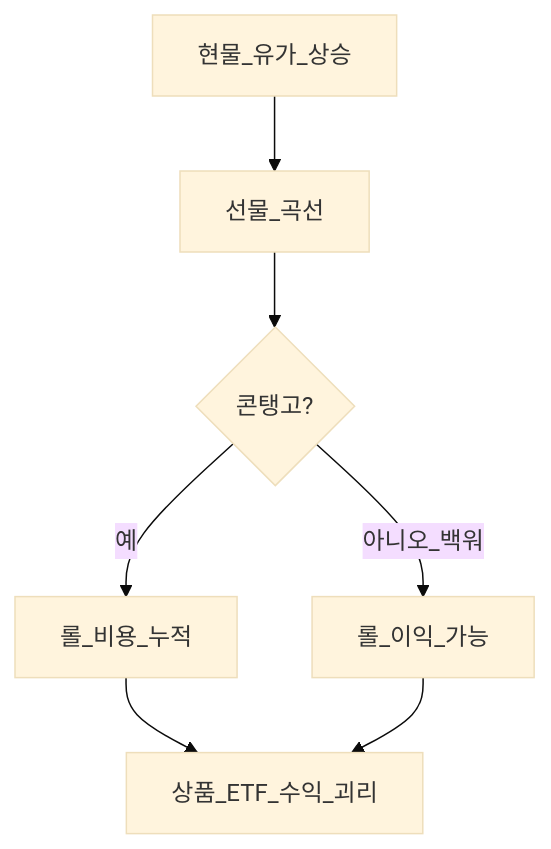
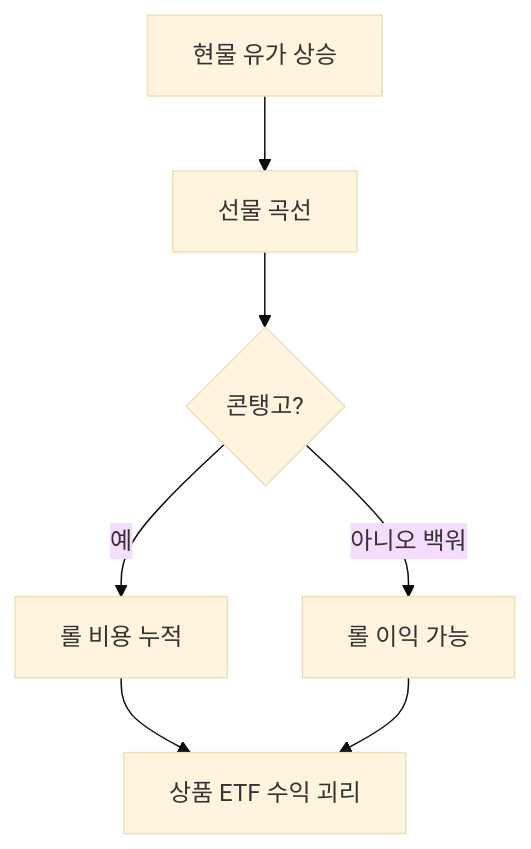
Before and after one commit to goldanghenry/Finances: the third of 6 diagrams in 03-markets/alternatives-reits-commodities.md, drawn with Mermaid (base theme). The commit also changed other lines of this file and 211 other files, not shown here.

````diff
--- a/03-markets/alternatives-reits-commodities.md
+++ b/03-markets/alternatives-reits-commodities.md
@@ -205,9 +212,9 @@
 ```mermaid
 flowchart TD
-  Spot[현물_유가_상승] --> Fut[선물_곡선]
+  Spot["현물 유가 상승"] --> Fut["선물 곡선"]
   Fut --> Cont{콘탱고?}
-  Cont -->|예| Roll[롤_비용_누적]
-  Cont -->|아니오_백워| RollGain[롤_이익_가능]
-  Roll --> ETF[상품_ETF_수익_괴리]
+  Cont -->|예| Roll["롤 비용 누적"]
+  Cont -->|"아니오 백워"| RollGain["롤 이익 가능"]
+  Roll --> ETF["상품 ETF 수익 괴리"]
   RollGain --> ETF
 ```
````
